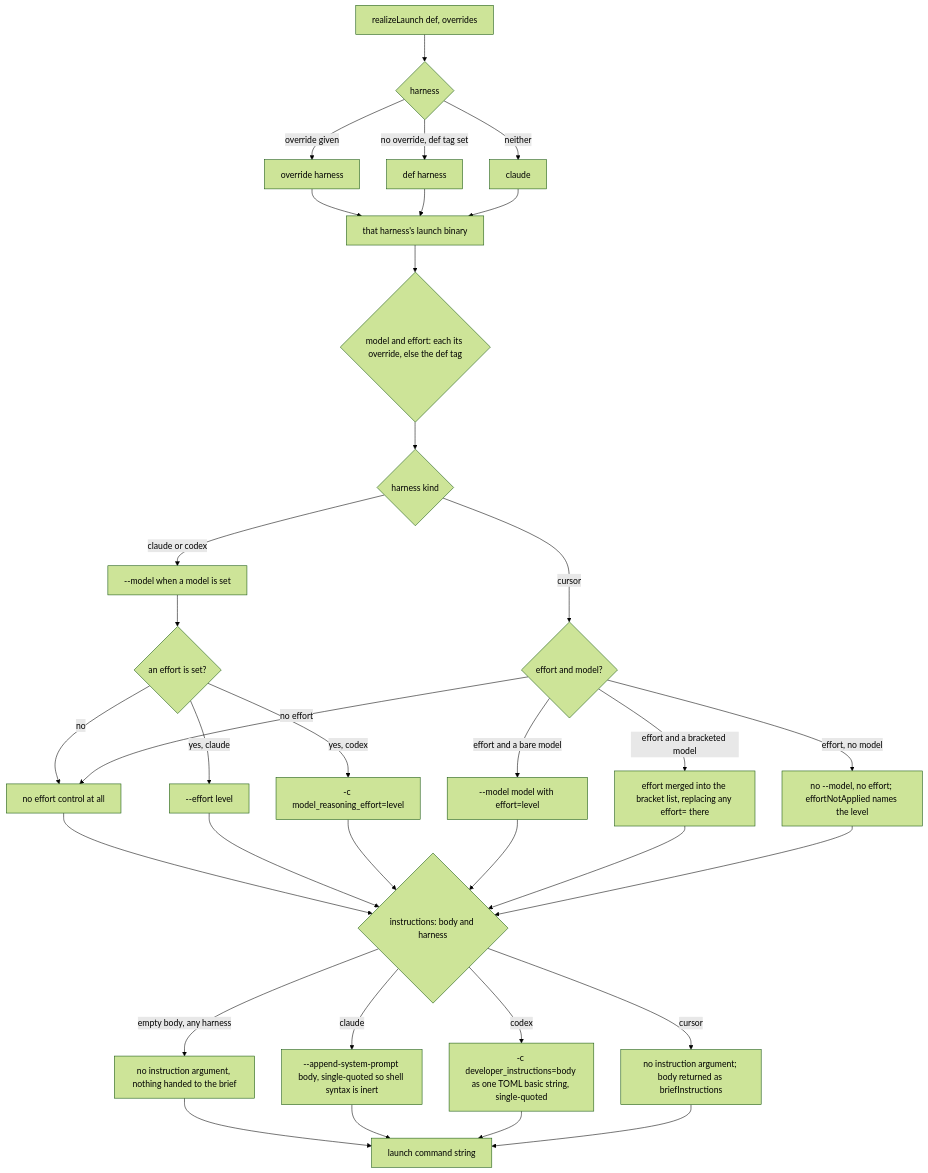
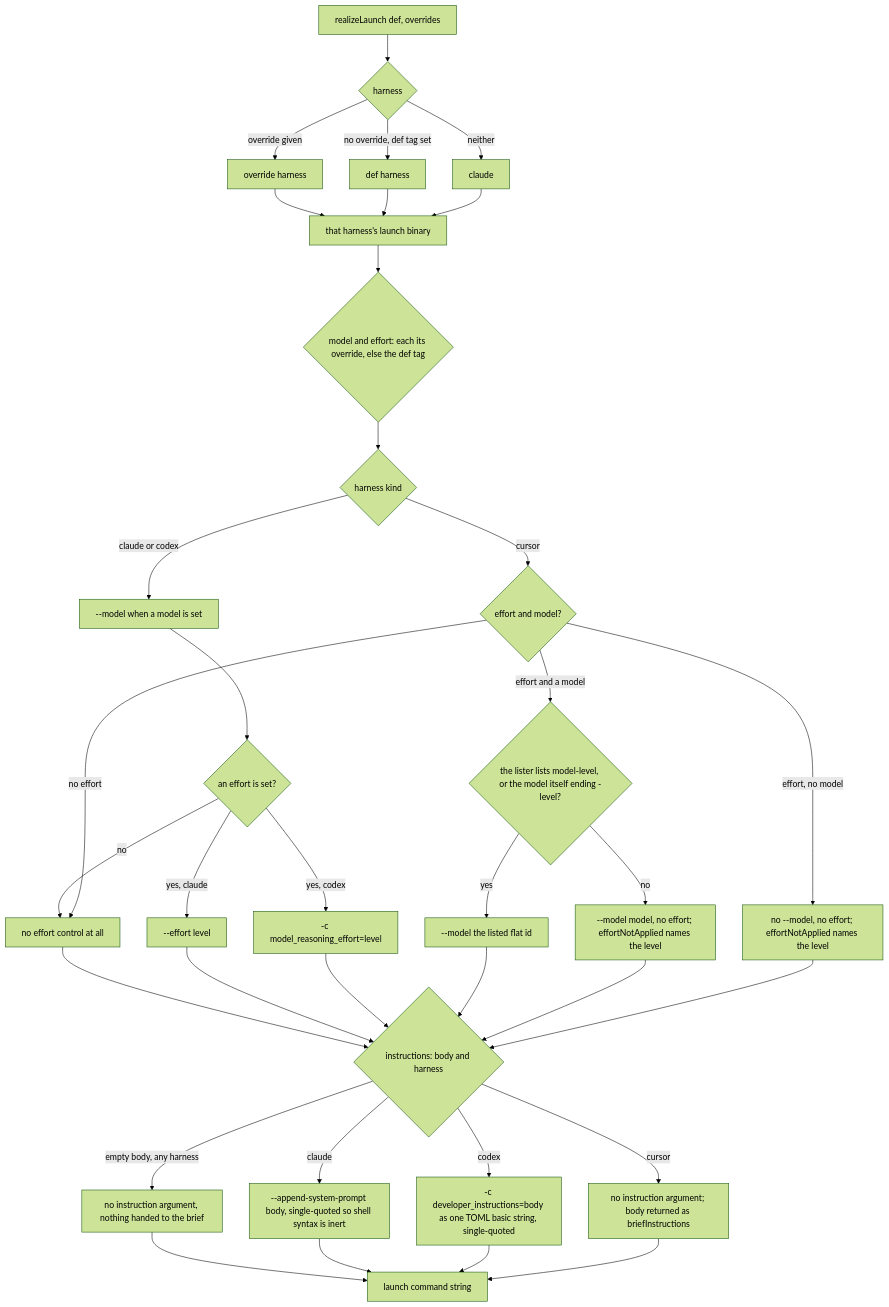
The third of 4 diagrams in packages/cyberlegion/.agents/spec/agent/README.md (cyberuni/cyberlegion), drawn with Mermaid (forest theme) before and after one commit. The commit also changed other lines of this file and 14 other files, not shown here.

First line of the commit message:
fix: launch a cursor effort as the listed flat model id, not the bracket form (#103)

````diff
--- a/packages/cyberlegion/.agents/spec/agent/README.md
+++ b/packages/cyberlegion/.agents/spec/agent/README.md
@@ -174,36 +181,37 @@
 ```mermaid
 graph TD
   REALIZE[realizeLaunch def, overrides] --> HARNESS{harness}
   HARNESS -->|override given| OVH[override harness]
   HARNESS -->|no override, def tag set| DEFH[def harness]
   HARNESS -->|neither| DEFAULT[claude]
   OVH --> BINARY[that harness's launch binary]
   DEFH --> BINARY
   DEFAULT --> BINARY
   BINARY --> MODEL{model and effort: each its override, else the def tag}
   MODEL --> KIND{harness kind}
   KIND -->|claude or codex| FLAGMODEL[--model when a model is set]
   FLAGMODEL --> EFFORT{an effort is set?}
   EFFORT -->|no| NOEFFORT[no effort control at all]
   EFFORT -->|yes, claude| CLAUDE[--effort level]
   EFFORT -->|yes, codex| CODEX[-c model_reasoning_effort=level]
   KIND -->|cursor| CURSOR{effort and model?}
   CURSOR -->|effort, no model| DROPPED[no --model, no effort; effortNotApplied names the level]
   CURSOR -->|no effort| NOEFFORT
-  CURSOR -->|effort and a bare model| BRACKET[--model model with effort=level]
-  CURSOR -->|effort and a bracketed model| MERGE[effort merged into the bracket list, replacing any effort= there]
+  CURSOR -->|effort and a model| LISTED{the lister lists model-level, or the model itself ending -level?}
+  LISTED -->|yes| FLAT[--model the listed flat id]
+  LISTED -->|no| UNLISTED[--model model, no effort; effortNotApplied names the level]
   NOEFFORT --> INSTR{instructions: body and harness}
   CLAUDE --> INSTR
   CODEX --> INSTR
-  BRACKET --> INSTR
-  MERGE --> INSTR
+  FLAT --> INSTR
+  UNLISTED --> INSTR
   DROPPED --> INSTR
   INSTR -->|empty body, any harness| NOINSTR[no instruction argument, nothing handed to the brief]
   INSTR -->|claude| APPEND[--append-system-prompt body, single-quoted so shell syntax is inert]
   INSTR -->|codex| DEVINSTR[-c developer_instructions=body as one TOML basic string, single-quoted]
   INSTR -->|cursor| TOBRIEF[no instruction argument; body returned as briefInstructions]
   NOINSTR --> COMMAND[launch command string]
   APPEND --> COMMAND
   DEVINSTR --> COMMAND
   TOBRIEF --> COMMAND
 ```
````
